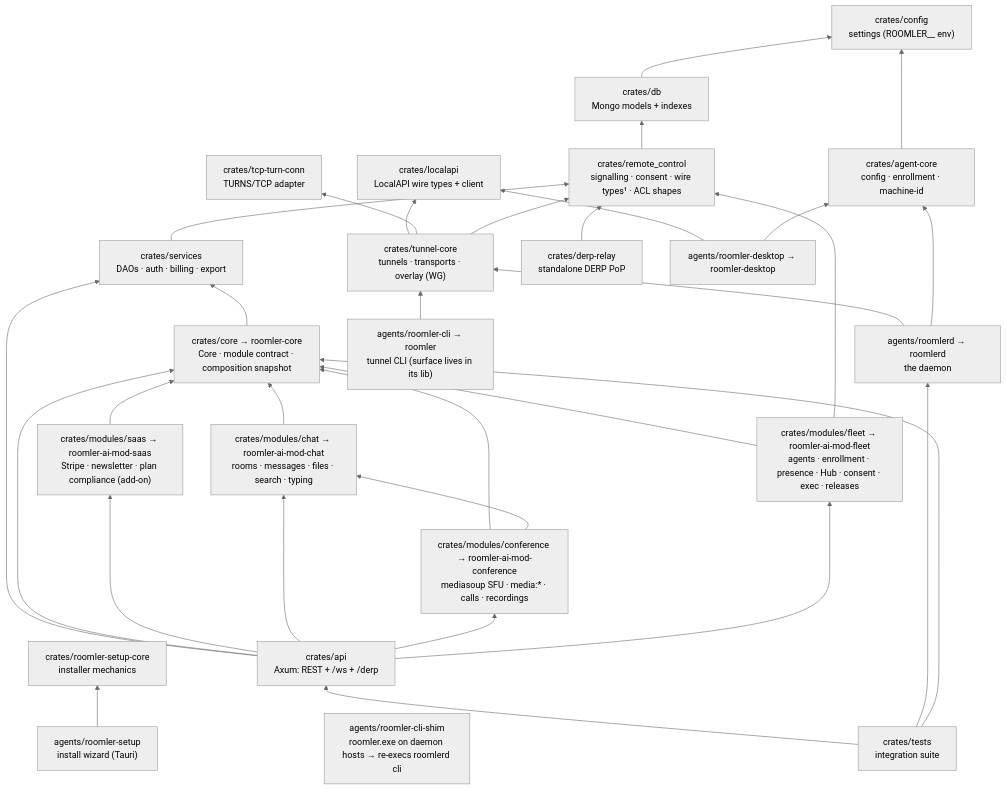
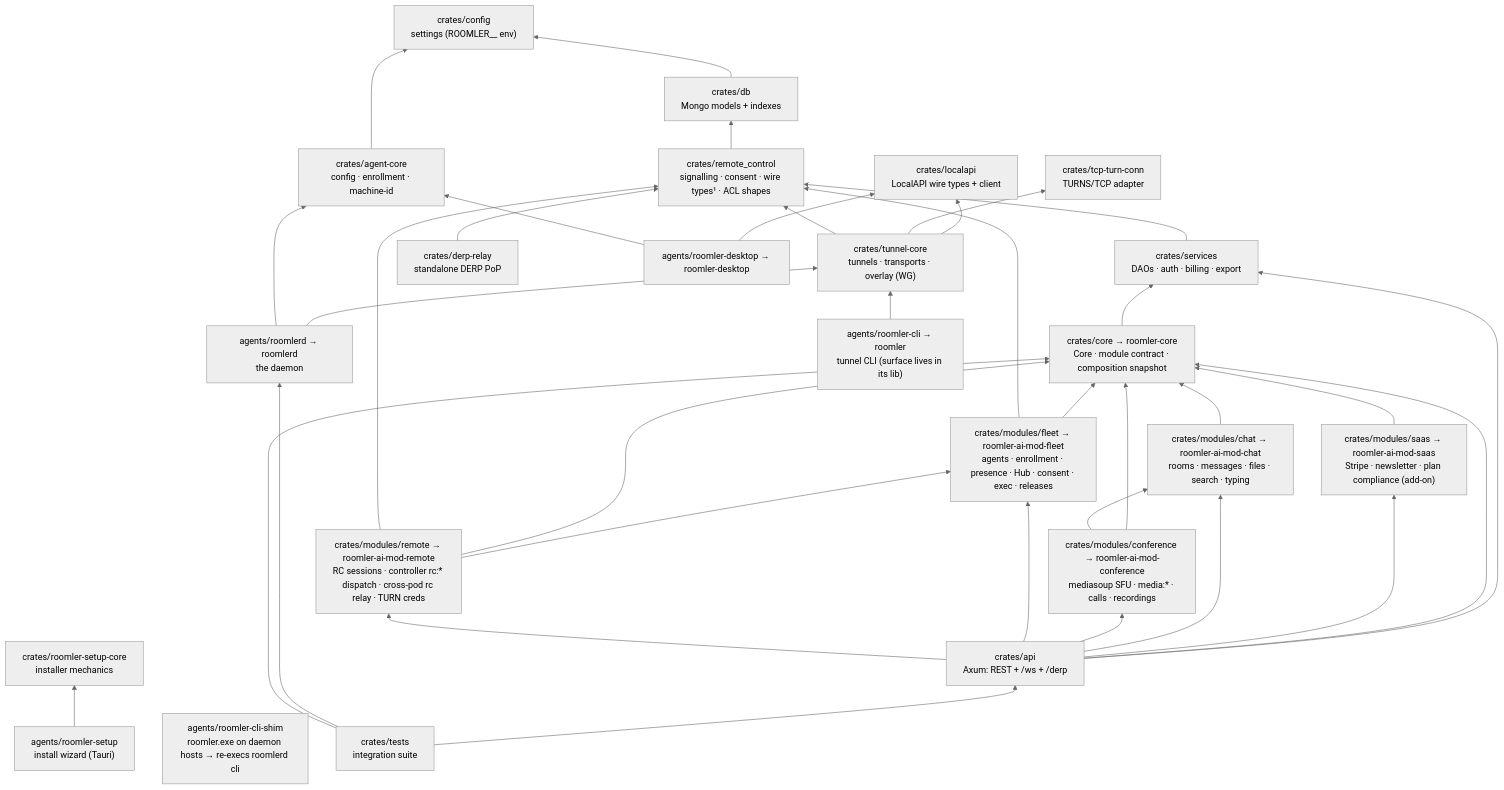
One commit to gjovanov/roomler-ai changed the third of 4 diagrams in docs/architecture.md. Above: the diagram before and after it, drawn with Mermaid (neutral theme). The commit also changed 28 other files, not shown here.

Commit message:
feat(fr-69): P6 — remote desktop as a module built on fleet: Module::Deps, the controller rc:* dispatch, the cross-pod RC relay and the session routes leave the host (#1307)

````diff
--- a/docs/architecture.md
+++ b/docs/architecture.md
@@ -100,46 +100,48 @@
 ```mermaid
 flowchart BT
     config["crates/config<br/>settings (ROOMLER__ env)"]
     db["crates/db<br/>Mongo models + indexes"]
     core["crates/core → roomler-core<br/>Core · module contract · composition snapshot"]
     saas["crates/modules/saas → roomler-ai-mod-saas<br/>Stripe · newsletter · plan compliance (add-on)"]
     chat["crates/modules/chat → roomler-ai-mod-chat<br/>rooms · messages · files · search · typing"]
     conference["crates/modules/conference → roomler-ai-mod-conference<br/>mediasoup SFU · media:* · calls · recordings"]
     fleet["crates/modules/fleet → roomler-ai-mod-fleet<br/>agents · enrollment · presence · Hub · consent · exec · releases"]
+    remote["crates/modules/remote → roomler-ai-mod-remote<br/>RC sessions · controller rc:* dispatch · cross-pod rc relay · TURN creds"]
     rc["crates/remote_control<br/>signalling · consent · wire types¹ · ACL shapes"]
     services["crates/services<br/>DAOs · auth · billing · export"]
     api["crates/api<br/>Axum: REST + /ws + /derp"]
     tests["crates/tests<br/>integration suite"]
 
     localapi["crates/localapi<br/>LocalAPI wire types + client"]
     agentcore["crates/agent-core<br/>config · enrollment · machine-id"]
     tunnelcore["crates/tunnel-core<br/>tunnels · transports · overlay (WG)"]
     tcpturn["crates/tcp-turn-conn<br/>TURNS/TCP adapter"]
     derprelay["crates/derp-relay<br/>standalone DERP PoP"]
     setupcore["crates/roomler-setup-core<br/>installer mechanics"]
 
     roomlerd["agents/roomlerd → roomlerd<br/>the daemon"]
     tunnel["agents/roomler-cli → roomler<br/>tunnel CLI (surface lives in its lib)"]
     shim["agents/roomler-cli-shim<br/>roomler.exe on daemon hosts → re-execs roomlerd cli"]
     tray["agents/roomler-desktop → roomler-desktop"]
     setup["agents/roomler-setup<br/>install wizard (Tauri)"]
 
     db --> config
     core --> services
     saas --> core
     chat --> core
     conference --> core & chat
     fleet --> core & rc
+    remote --> fleet & core & rc
     rc --> db
     services --> rc
-    api --> services & core & saas & chat & conference & fleet
+    api --> services & core & saas & chat & conference & fleet & remote
     tests --> api & roomlerd & core
 
     tunnelcore --> localapi & tcpturn & rc
     agentcore --> config
     roomlerd --> tunnelcore & agentcore
     tunnel --> tunnelcore
     tray --> localapi & agentcore
     setup --> setupcore
     derprelay --> rc
 ```
````
